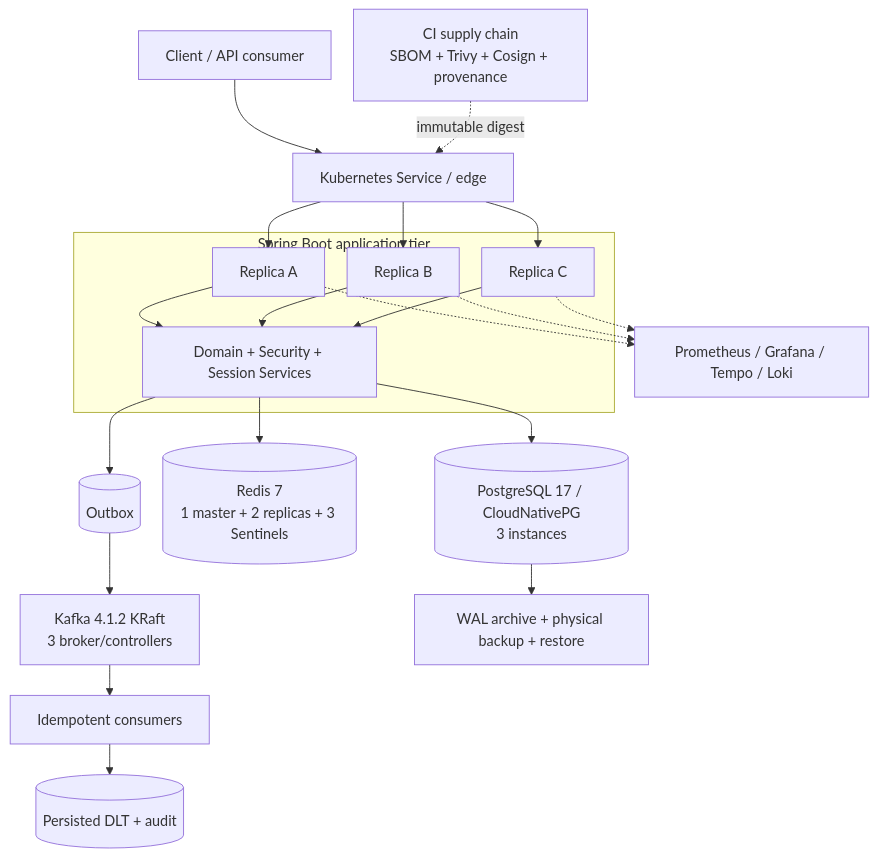
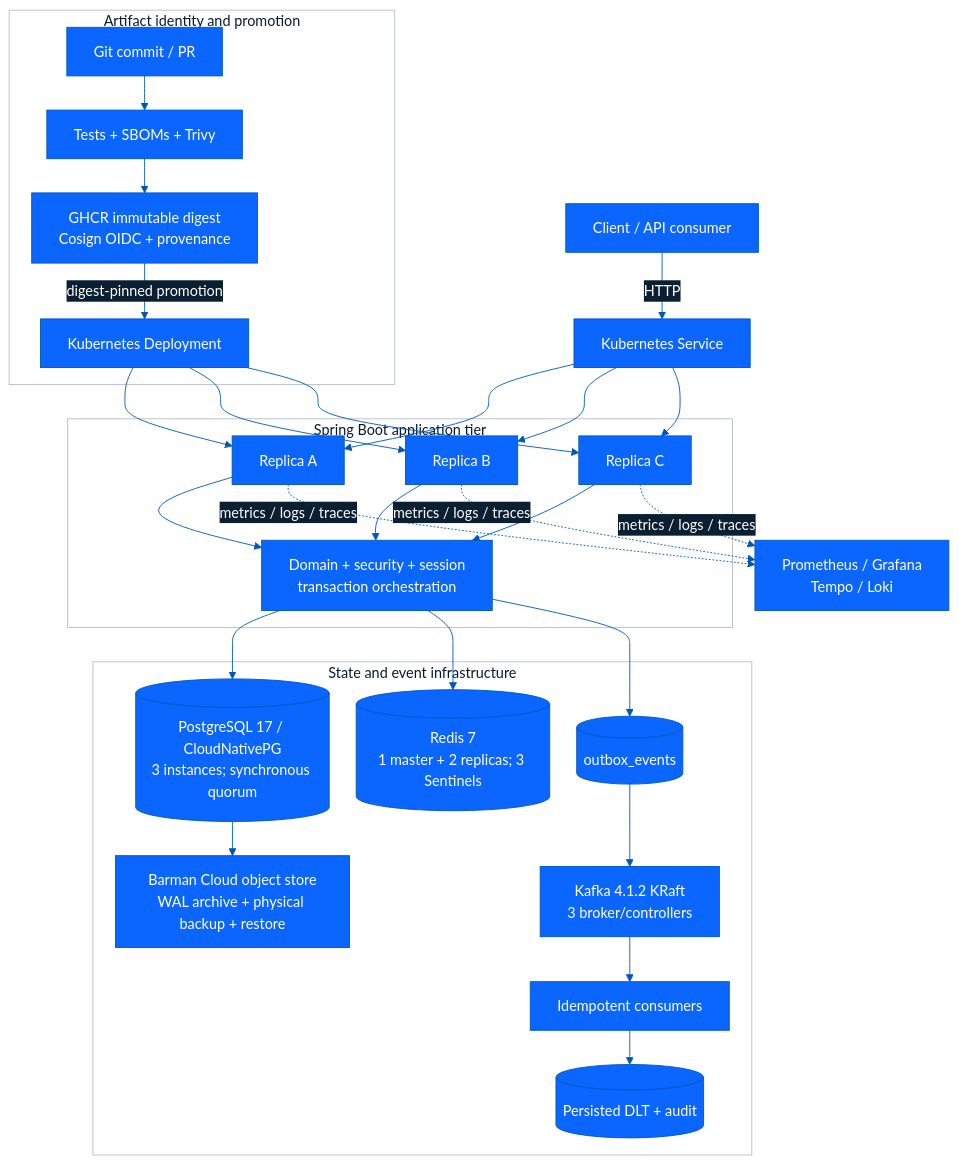
Before and after one commit to ravan-chuang/spring-boot-ecommerce-backend: the first of 2 diagrams in SpringBoot_Backend_Engineering_Summary.md, drawn with Mermaid. The commit also changed other lines of this file and 2 other files, not shown here.

Commit message:
docs: update engineering portfolio for v1.9.0

````diff
--- a/SpringBoot_Backend_Engineering_Summary.md
+++ b/SpringBoot_Backend_Engineering_Summary.md
@@ -50,32 +52,45 @@
 ```mermaid
-%%{init: {"flowchart": {"curve": "basis", "nodeSpacing": 25, "rankSpacing": 34}}}%%
+%%{init: {"theme": "base", "themeVariables": {"background": "#FFFFFF", "primaryColor": "#0A66FF", "primaryBorderColor": "#0057B8", "primaryTextColor": "#FFFFFF", "secondaryColor": "#0B1F33", "secondaryTextColor": "#FFFFFF", "tertiaryColor": "#F4F5F7", "tertiaryTextColor": "#071B2E", "lineColor": "#0057B8", "clusterBkg": "#FFFFFF", "clusterBorder": "#B8BDC7"}, "flowchart": {"curve": "basis", "nodeSpacing": 30, "rankSpacing": 38}}}%%
 flowchart TB
-    Client[Client / API consumer] --> Svc[Kubernetes Service / edge]
-    Supply[CI supply chain\nSBOM + Trivy + Cosign + provenance] -. immutable digest .-> Svc
+    Client[Client / API consumer] -->|HTTP| Svc[Kubernetes Service]
+
+    subgraph Delivery[Artifact identity and promotion]
+      Source[Git commit / PR] --> Pipeline[Tests + SBOMs + Trivy]
+      Pipeline --> Artifact[GHCR immutable digest\nCosign OIDC + provenance]
+      Artifact -->|digest-pinned promotion| Deploy[Kubernetes Deployment]
+    end
 
     subgraph App[Spring Boot application tier]
       A[Replica A]
       B[Replica B]
       C[Replica C]
-      Domain[Domain + Security + Session Services]
+      Domain[Domain + security + session\ntransaction orchestration]
       A --> Domain
       B --> Domain
       C --> Domain
     end
 
+    Deploy --> A
+    Deploy --> B
+    Deploy --> C
     Svc --> A
     Svc --> B
     Svc --> C
 
-    Domain --> PG[(PostgreSQL 17 / CloudNativePG\n3 instances)]
-    Domain --> Redis[(Redis 7\n1 master + 2 replicas + 3 Sentinels)]
-    Domain --> Outbox[(Outbox)]
-    Outbox --> Kafka[Kafka 4.1.2 KRaft\n3 broker/controllers]
-    Kafka --> Consumers[Idempotent consumers]
-    Consumers --> DLT[(Persisted DLT + audit)]
-    PG --> Backup[WAL archive + physical backup + restore]
+    subgraph State[State and event infrastructure]
+      PG[(PostgreSQL 17 / CloudNativePG\n3 instances; synchronous quorum)]
+      Redis[(Redis 7\n1 master + 2 replicas; 3 Sentinels)]
+      Outbox[(outbox_events)] --> Kafka[Kafka 4.1.2 KRaft\n3 broker/controllers]
+      Kafka --> Consumers[Idempotent consumers]
+      Consumers --> DLT[(Persisted DLT + audit)]
+      PG --> Backup[Barman Cloud object store\nWAL archive + physical backup + restore]
+    end
 
-    A -.-> Obs[Prometheus / Grafana / Tempo / Loki]
-    B -.-> Obs
-    C -.-> Obs
+    Domain --> PG
+    Domain --> Redis
+    Domain --> Outbox
+
+    A -. metrics / logs / traces .-> Obs[Prometheus / Grafana\nTempo / Loki]
+    B -. metrics / logs / traces .-> Obs
+    C -. metrics / logs / traces .-> Obs
 ```
````
